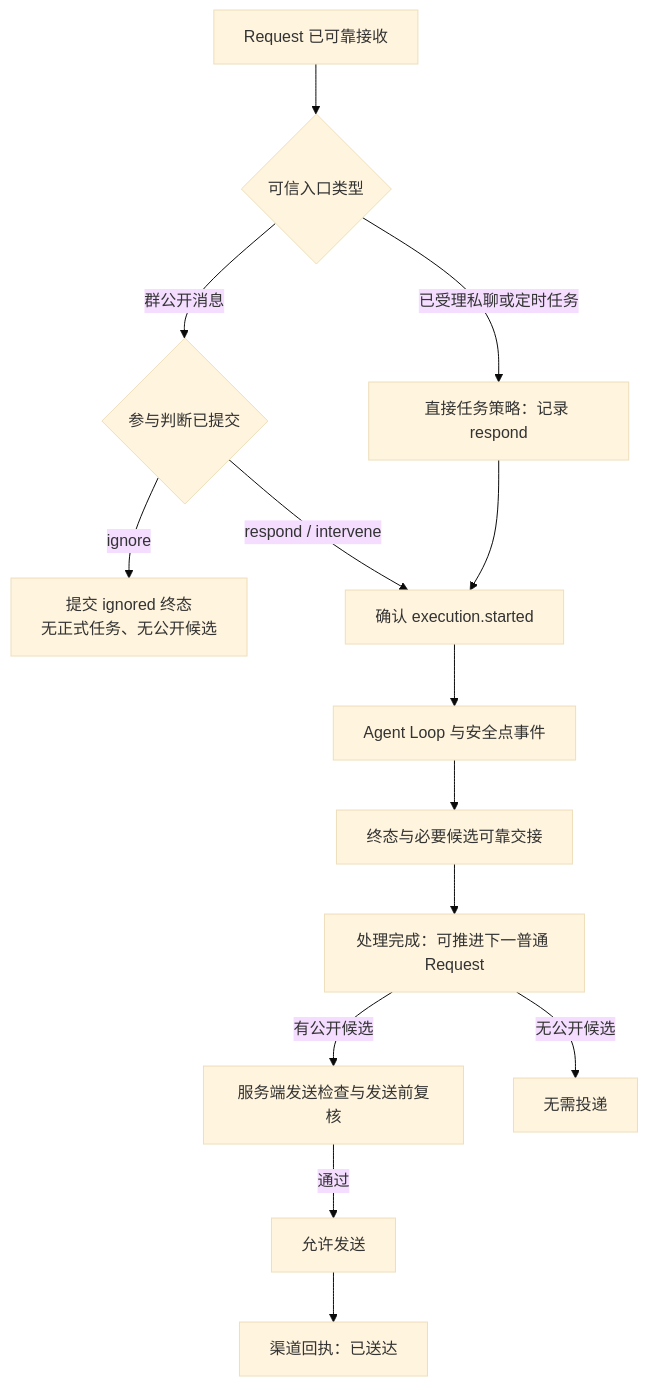
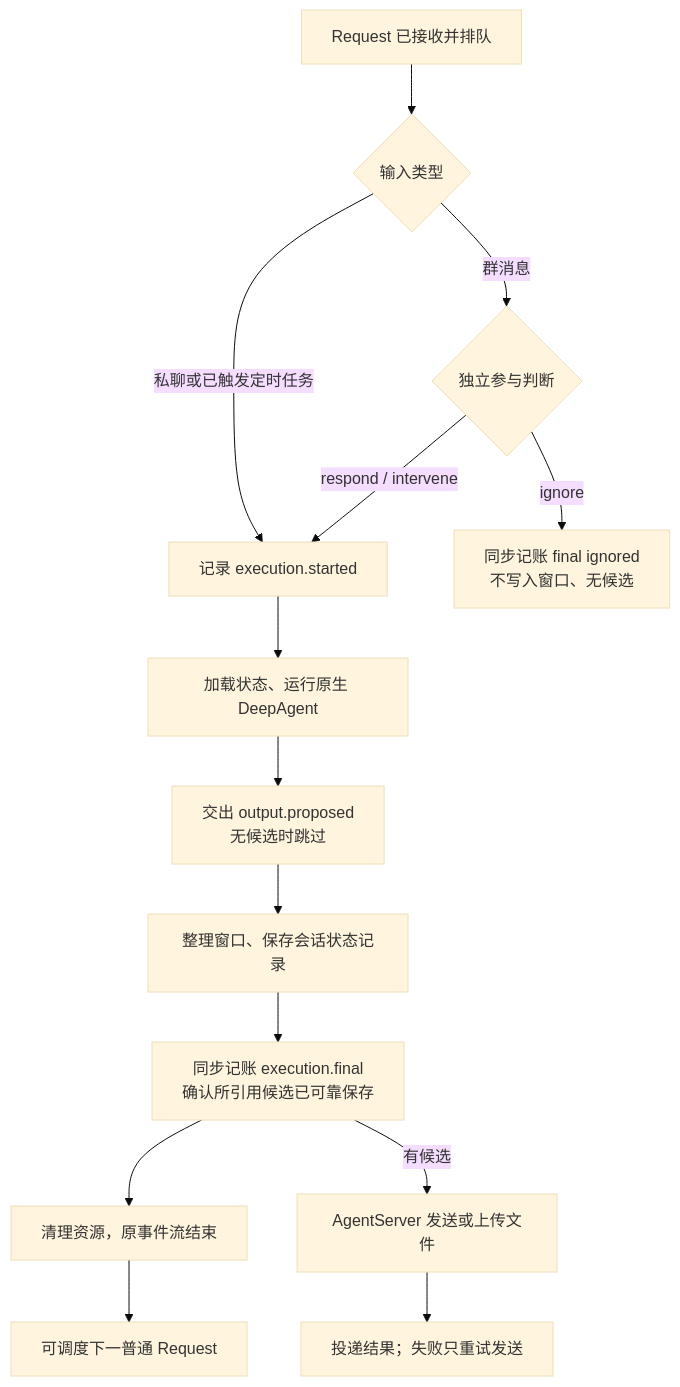
The second of 3 diagrams in openjiuwen/harness/persistent_agent/docs/designs/persistent-agent-overview.md (openJiuwen-ai/agent-core), drawn with Mermaid (base theme) before and after one commit. The commit also changed other lines of this file and 26 other files, not shown here.

````diff
--- a/openjiuwen/harness/persistent_agent/docs/designs/persistent-agent-overview.md
+++ b/openjiuwen/harness/persistent_agent/docs/designs/persistent-agent-overview.md
@@ -97,16 +108,16 @@
 ```mermaid
 flowchart TD
-    Q["Request 已可靠接收"] --> K{"可信入口类型"}
-    K -->|群公开消息| D{"参与判断已提交"}
-    K -->|已受理私聊或定时任务| T["直接任务策略：记录 respond"]
-    D -->|ignore| I["提交 ignored 终态<br/>无正式任务、无公开候选"]
-    D -->|respond / intervene| S["确认 execution.started"]
-    T --> S
-    S --> L["Agent Loop 与安全点事件"]
-    L --> F["终态与必要候选可靠交接"]
-    F --> B["处理完成：可推进下一普通 Request"]
-    B -->|有公开候选| G["服务端发送检查与发送前复核"]
-    G -->|通过| O["允许发送"]
-    O --> C["渠道回执：已送达"]
-    B -->|无公开候选| N["无需投递"]
+    Q["Request 已接收并排队"] --> K{"输入类型"}
+    K -->|"群消息"| D{"独立参与判断"}
+    K -->|"私聊或已触发定时任务"| S["记录 execution.started"]
+    D -->|"ignore"| I["同步记账 final ignored<br/>不写入窗口、无候选"]
+    D -->|"respond / intervene"| S
+    S --> L["加载状态、运行原生 DeepAgent"]
+    L --> O["交出 output.proposed<br/>无候选时跳过"]
+    O --> W["整理窗口、保存会话状态记录"]
+    W --> F["同步记账 execution.final<br/>确认所引用候选已可靠保存"]
+    F --> C["清理资源，原事件流结束"]
+    C --> N["可调度下一普通 Request"]
+    F -->|"有候选"| H["AgentServer 发送或上传文件"]
+    H --> R["投递结果；失败只重试发送"]
 ```
````
